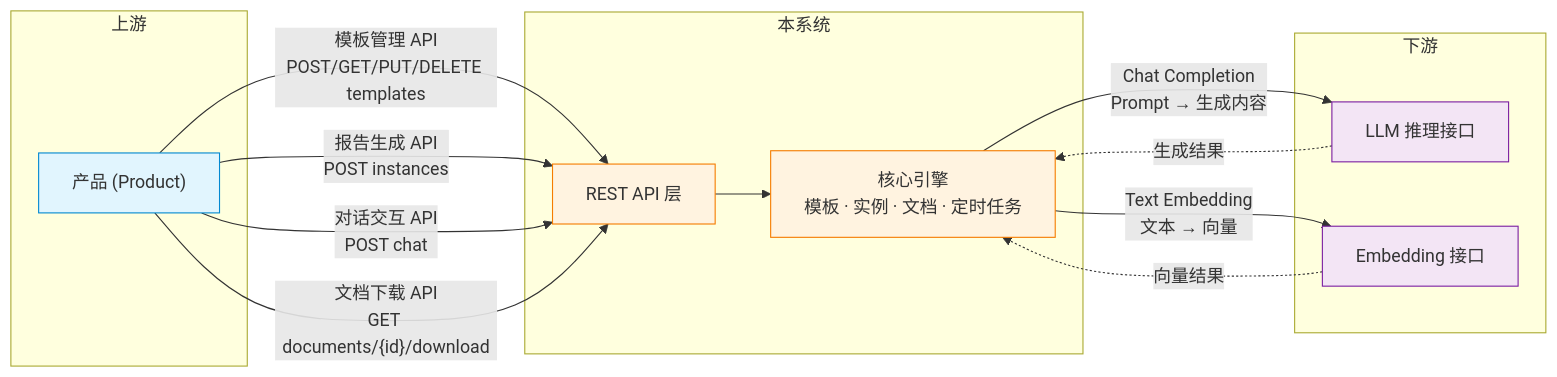
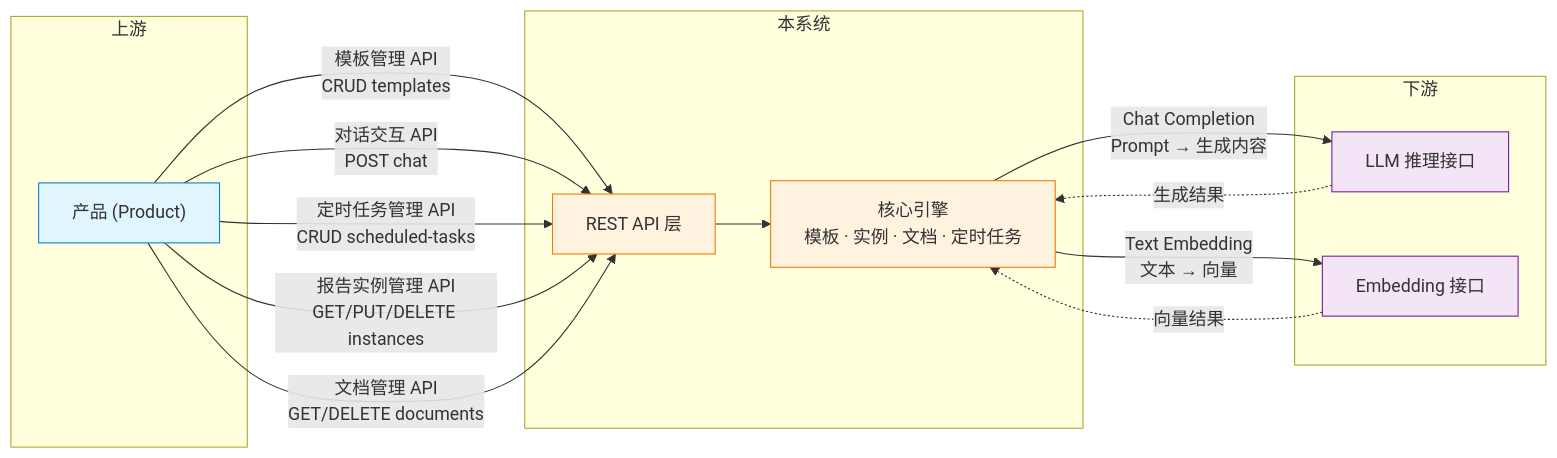
Before and after one commit to shel447/ReportSystem: the first of 14 diagrams in design.md, drawn with Mermaid. The commit also changed other lines of this file and 1 other file, not shown here.

First line of the commit message:
docs: 修正上下文交互图接口定义，新增用户故事文档

````diff
--- a/design.md
+++ b/design.md
@@ -35,35 +35,36 @@
 ```mermaid
 graph LR
     subgraph 上游
         P["产品 (Product)"]
     end
 
     subgraph 本系统
         API["REST API 层"]
         Core["核心引擎<br/>模板 · 实例 · 文档 · 定时任务"]
     end
 
     subgraph 下游
         LLM["LLM 推理接口"]
         EMB["Embedding 接口"]
     end
 
-    P -- "模板管理 API<br/>POST/GET/PUT/DELETE templates" --> API
-    P -- "报告生成 API<br/>POST instances" --> API
+    P -- "模板管理 API<br/>CRUD templates" --> API
     P -- "对话交互 API<br/>POST chat" --> API
-    P -- "文档下载 API<br/>GET documents/{id}/download" --> API
+    P -- "定时任务管理 API<br/>CRUD scheduled-tasks" --> API
+    P -- "报告实例管理 API<br/>GET/PUT/DELETE instances" --> API
+    P -- "文档管理 API<br/>GET/DELETE documents" --> API
 
     API --> Core
 
     Core -- "Chat Completion<br/>Prompt → 生成内容" --> LLM
     Core -- "Text Embedding<br/>文本 → 向量" --> EMB
 
     LLM -. "生成结果" .-> Core
     EMB -. "向量结果" .-> Core
 
     style P fill:#e1f5fe,stroke:#0288d1
     style API fill:#fff3e0,stroke:#f57c00
     style Core fill:#fff3e0,stroke:#f57c00
     style LLM fill:#f3e5f5,stroke:#7b1fa2
     style EMB fill:#f3e5f5,stroke:#7b1fa2
 ```
````
